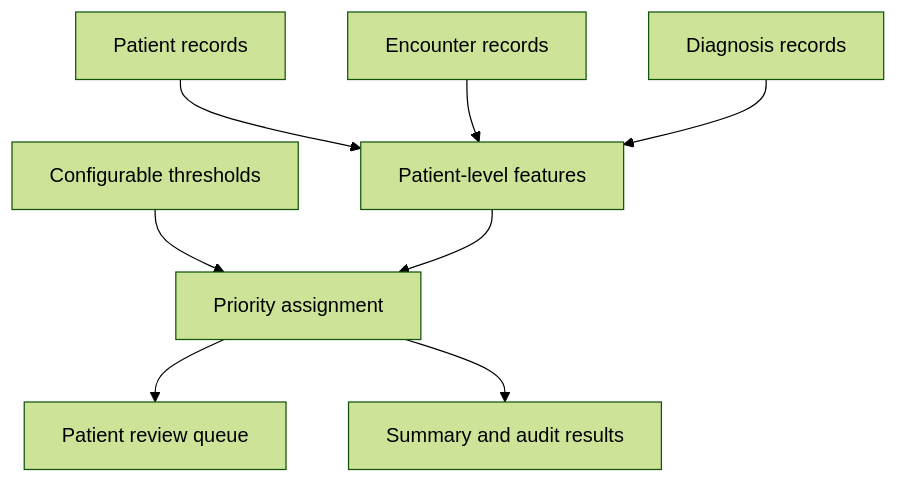
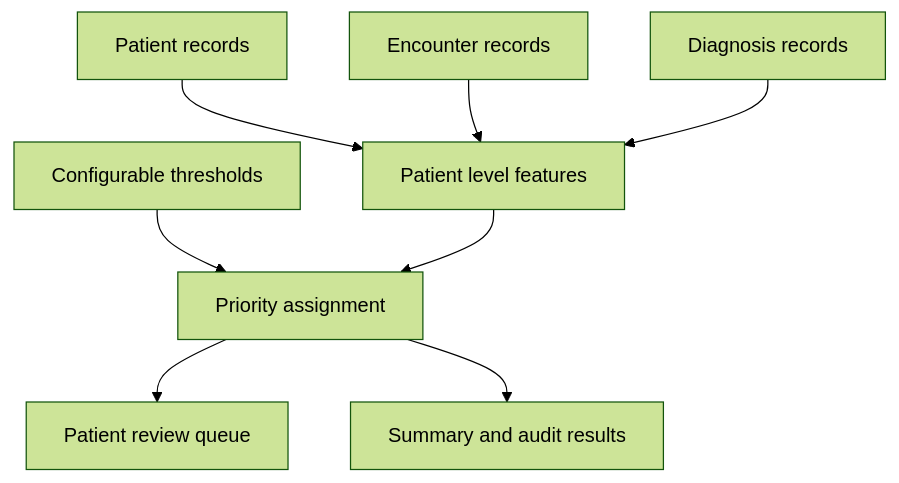
One commit to karlascolleges-alt/Integrated-Care-Management-Prioritization changed the diagram in README.md. Above: the diagram before and after it, drawn with Mermaid (forest theme).

````diff
--- a/README.md
+++ b/README.md
@@ -15,10 +15,10 @@
 ```mermaid
 flowchart TD
-    A[Patient records] --> D[Patient-level features]
+    A[Patient records] --> D[Patient level features]
     B[Encounter records] --> D
     C[Diagnosis records] --> D
     E[Configurable thresholds] --> F[Priority assignment]
     D --> F
     F --> G[Patient review queue]
     F --> H[Summary and audit results]
 ```
````
